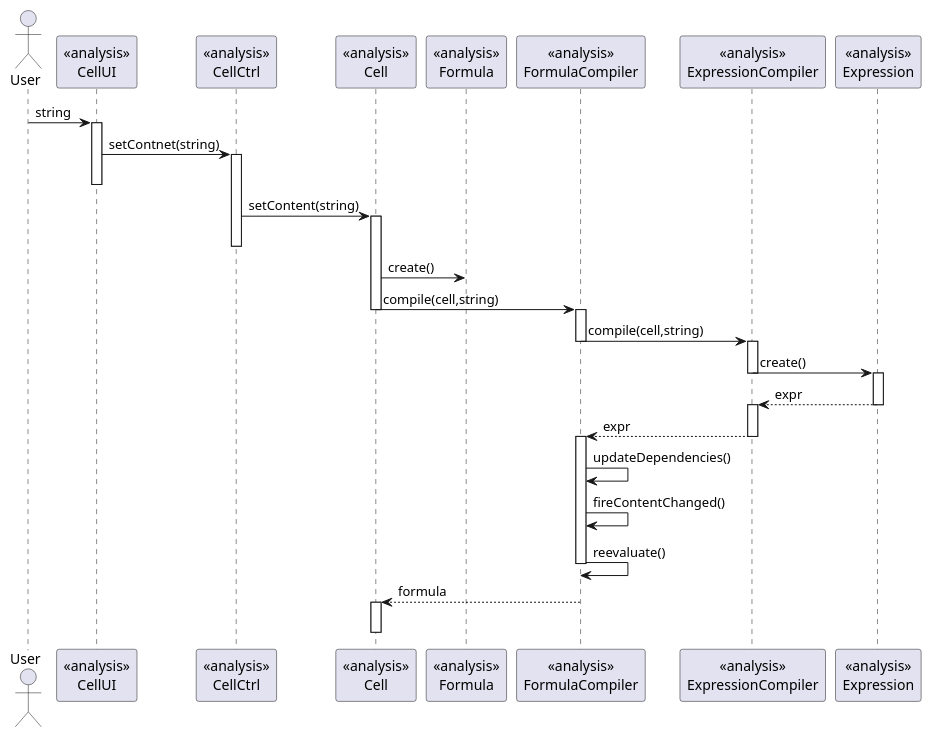
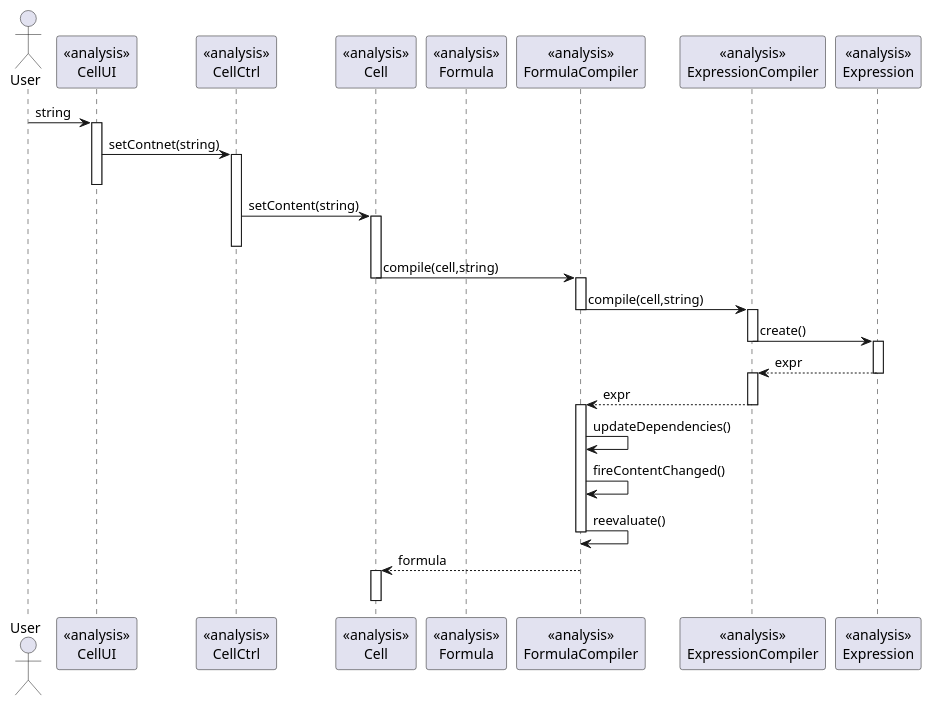
One commit to 1130348/Confusao changed the diagram in src/csheets/userstories/macros03_01/baseOperators/i130386/draft_macros_01_01.puml. Above: the diagram before and after it, drawn with PlantUML.

Commit message:
CSDH-208 #time 3h #resolve Design

```diff
--- a/src/csheets/userstories/macros03_01/baseOperators/i130386/draft_macros_01_01.puml
+++ b/src/csheets/userstories/macros03_01/baseOperators/i130386/draft_macros_01_01.puml
@@ -1,45 +1,44 @@
 @startuml doc-files/draft_macros_01_01.png
  actor User
  participant "<<analysis>>\nCellUI" as UI
  participant "<<analysis>>\nCellCtrl" as ctrl
  participant "<<analysis>>\nCell" as cell
  participant "<<analysis>>\nFormula" as formula
  participant "<<analysis>>\nFormulaCompiler" as formulaCompiler
  participant "<<analysis>>\nExpressionCompiler" as expressionCompiler
  participant "<<analysis>>\nExpression" as expression
 User -> UI : string
 activate UI
 UI -> ctrl : setContnet(string)
 activate ctrl
 deactivate UI
 ctrl -> cell : setContent(string)
 activate cell
 deactivate ctrl
-cell -> formula : create()
 cell -> formulaCompiler : compile(cell,string)
 deactivate cell
 activate formulaCompiler
 deactivate formulaCompiler
 formulaCompiler -> expressionCompiler : compile(cell,string)
 deactivate formulaCompiler
 activate expressionCompiler
 expressionCompiler -> expression : create()
 deactivate expressionCompiler
 activate expression
 expressionCompiler <-- expression : expr
 deactivate expression
 activate expressionCompiler
 formulaCompiler <-- expressionCompiler : expr
 deactivate expressionCompiler
 activate formulaCompiler
 formulaCompiler -> formulaCompiler : updateDependencies()
 formulaCompiler -> formulaCompiler : fireContentChanged()
 formulaCompiler -> formulaCompiler : reevaluate()
 deactivate formulaCompiler
 cell <-- formulaCompiler : formula
 activate cell
 deactivate cell
 
 
 
 @enduml
```
